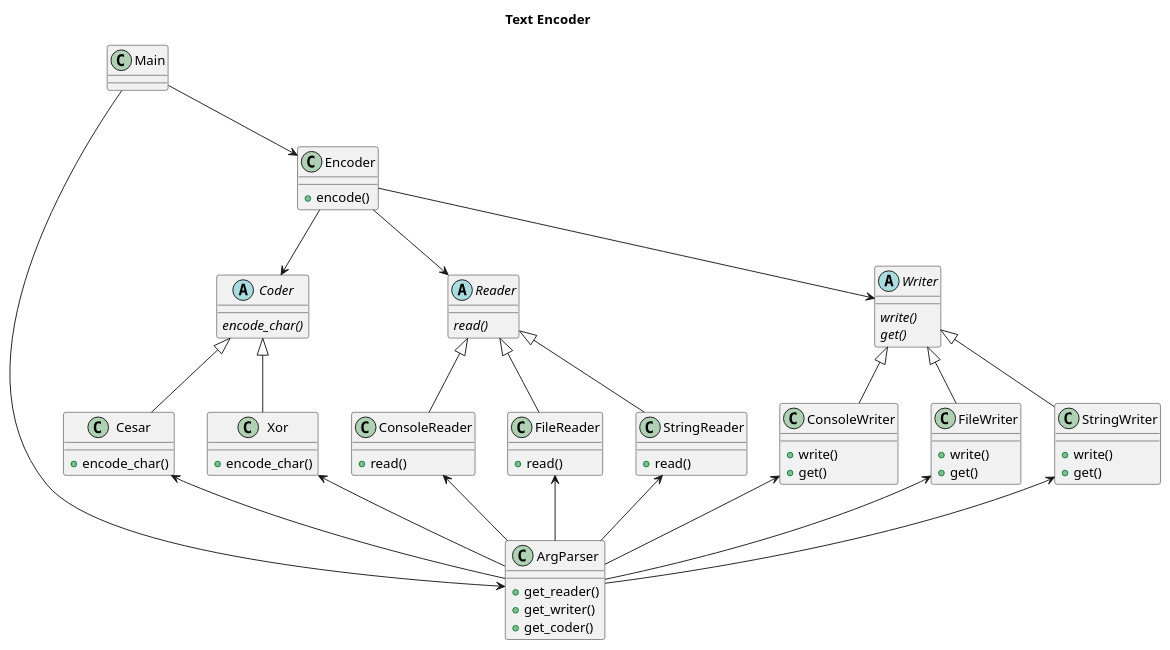
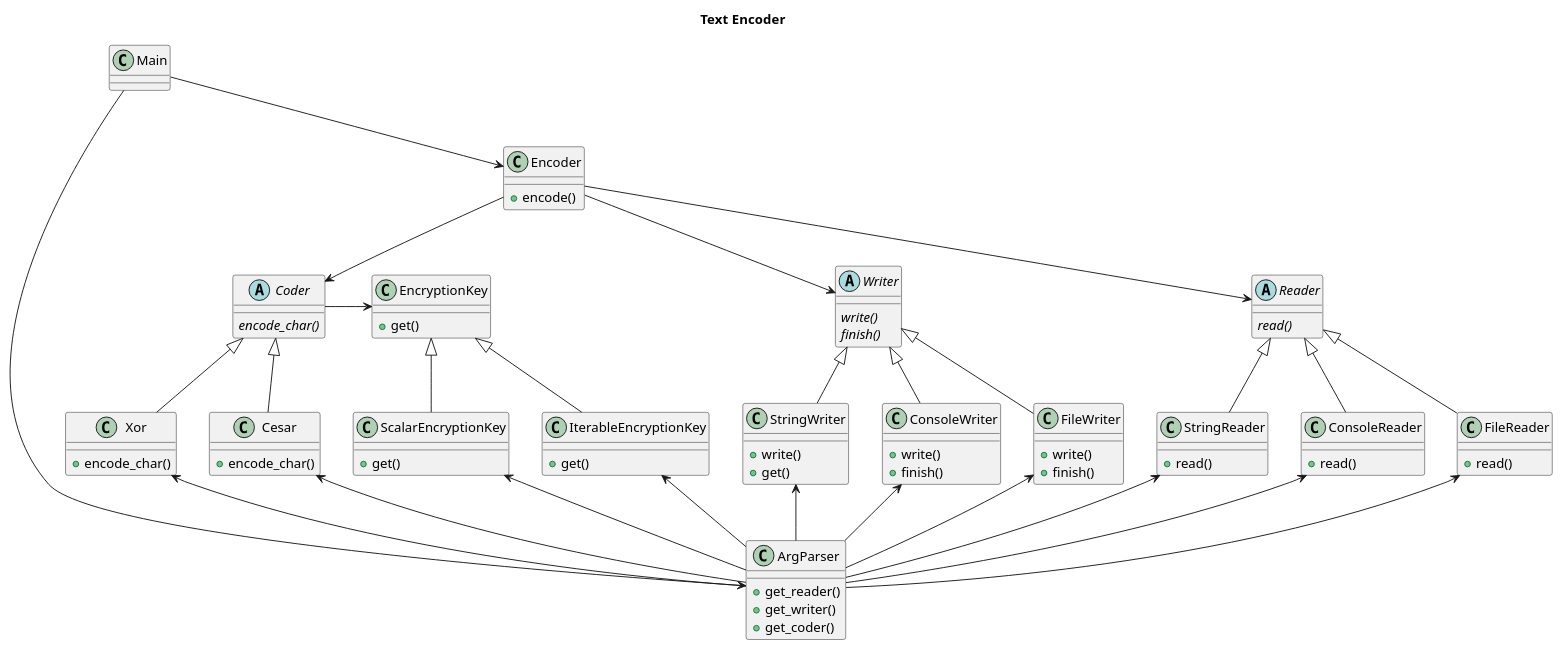
One commit to meeetju/encoder changed the diagram in docs/design.puml. Above: the diagram before and after it, drawn with PlantUML. The commit also changed 9 other files, not shown here.

```diff
--- a/docs/design.puml
+++ b/docs/design.puml
@@ -1,93 +1,109 @@
 @startuml
-
 title Text Encoder
 
 class Main {
 }
 
 Main --> ArgParser
 Main --> Encoder
 
 ArgParser -Up-> StringReader
 ArgParser -Up-> StringWriter
 ArgParser -Up-> FileReader
 ArgParser -Up-> FileWriter
 ArgParser -Up-> ConsoleReader
 ArgParser -Up-> ConsoleWriter
 ArgParser -Up-> Xor
 ArgParser -Up-> Cesar
+ArgParser -Up-> ScalarEncryptionKey
+ArgParser -Up-> IterableEncryptionKey
 
 class ArgParser {
   +get_reader()
   +get_writer()
   +get_coder()
 }
 
 
 class Encoder {
   +encode()
 }
 
 Encoder --> Coder
 
 abstract class Coder {
   {abstract}encode_char()
 }
 Coder <|-- Cesar
 Coder <|-- Xor
 
 class Cesar {
   +encode_char()
 }
 class Xor {
   +encode_char()
 }
 
 Encoder --> Reader
 Encoder --> Writer
 
 abstract class Reader {
   {abstract} read()
 }
 
 abstract class Writer {
   {abstract} write()
-  {abstract} get()
+  {abstract} finish()
 }
 
 Reader <|-- StringReader
 Reader <|-- FileReader
 Reader <|-- ConsoleReader
 
 class StringReader {
   +read()
 }
 
 class FileReader {
   +read()
 }
 
 class ConsoleReader {
   +read()
 }
 
 Writer <|-- StringWriter
 Writer <|-- FileWriter
 Writer <|-- ConsoleWriter
 
 class StringWriter {
   +write()
   +get()
 }
 
 class FileWriter {
   +write()
-  +get()
+  +finish()
 }
 
 class ConsoleWriter {
   +write()
+  +finish()
+}
+
+class EncryptionKey {
   +get()
 }
 
+class ScalarEncryptionKey {
+  +get()
+}
+
+class IterableEncryptionKey {
+  +get()
+}
+
+Coder -right-> EncryptionKey
+EncryptionKey <|-- ScalarEncryptionKey
+EncryptionKey <|-- IterableEncryptionKey
 @enduml
```
